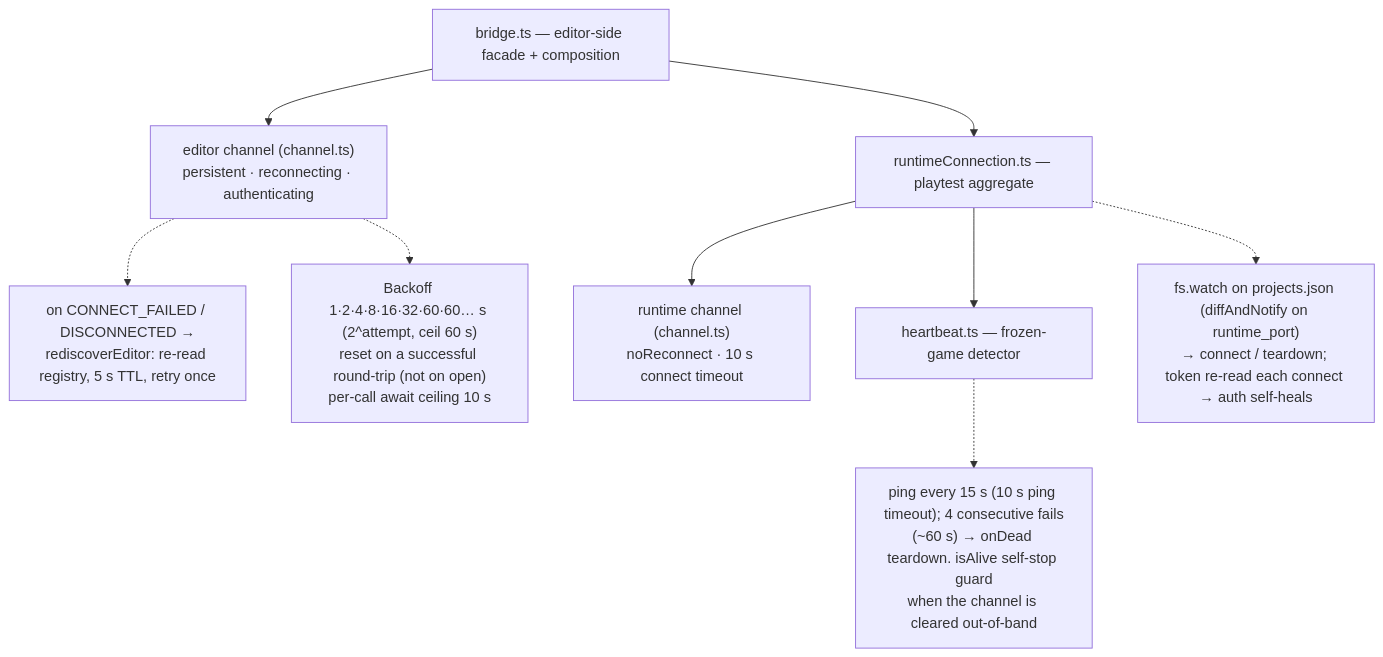
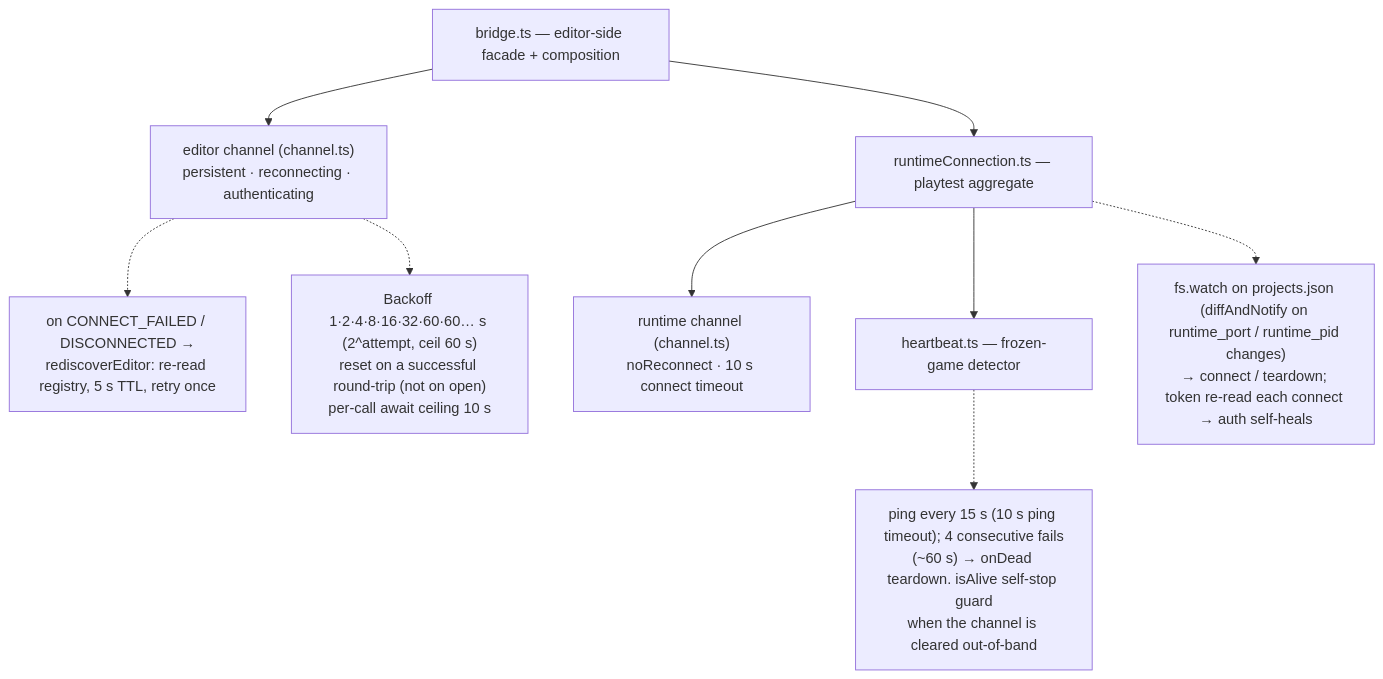
One commit to NPGameDev/godot-mcp-server changed the fifth of 13 diagrams in docs/architecture/README.md. Above: the diagram before and after it, drawn with Mermaid. The commit also changed other lines of this file, not shown here.

First line of the commit message:
docs(arch): re-attest the registry sections for the runtime watcher gate

````diff
--- a/docs/architecture/README.md
+++ b/docs/architecture/README.md
@@ -349,20 +349,20 @@
 ```mermaid
 flowchart TD
     bridge["bridge.ts — editor-side facade + composition"]
     editor["editor channel (channel.ts)<br/>persistent · reconnecting · authenticating"]
     rc["runtimeConnection.ts — playtest aggregate"]
     runtime["runtime channel (channel.ts)<br/>noReconnect · 10 s connect timeout"]
     hb["heartbeat.ts — frozen-game detector"]
     bridge --> editor
     bridge --> rc
     rc --> runtime
     rc --> hb
     redisc["on CONNECT_FAILED / DISCONNECTED →<br/>rediscoverEditor: re-read registry, 5 s TTL, retry once"]
     editor -.-> redisc
     note1["Backoff 1·2·4·8·16·32·60·60… s (2^attempt, ceil 60 s)<br/>reset on a successful round-trip (not on open)<br/>per-call await ceiling 10 s"]
     editor -.-> note1
     note2["ping every 15 s (10 s ping timeout); 4 consecutive fails<br/>(~60 s) → onDead teardown. isAlive self-stop guard<br/>when the channel is cleared out-of-band"]
     hb -.-> note2
-    note3["fs.watch on projects.json (diffAndNotify on runtime_port)<br/>→ connect / teardown; token re-read each connect → auth self-heals"]
+    note3["fs.watch on projects.json (diffAndNotify on runtime_port / runtime_pid changes)<br/>→ connect / teardown; token re-read each connect → auth self-heals"]
     rc -.-> note3
 ```
````
